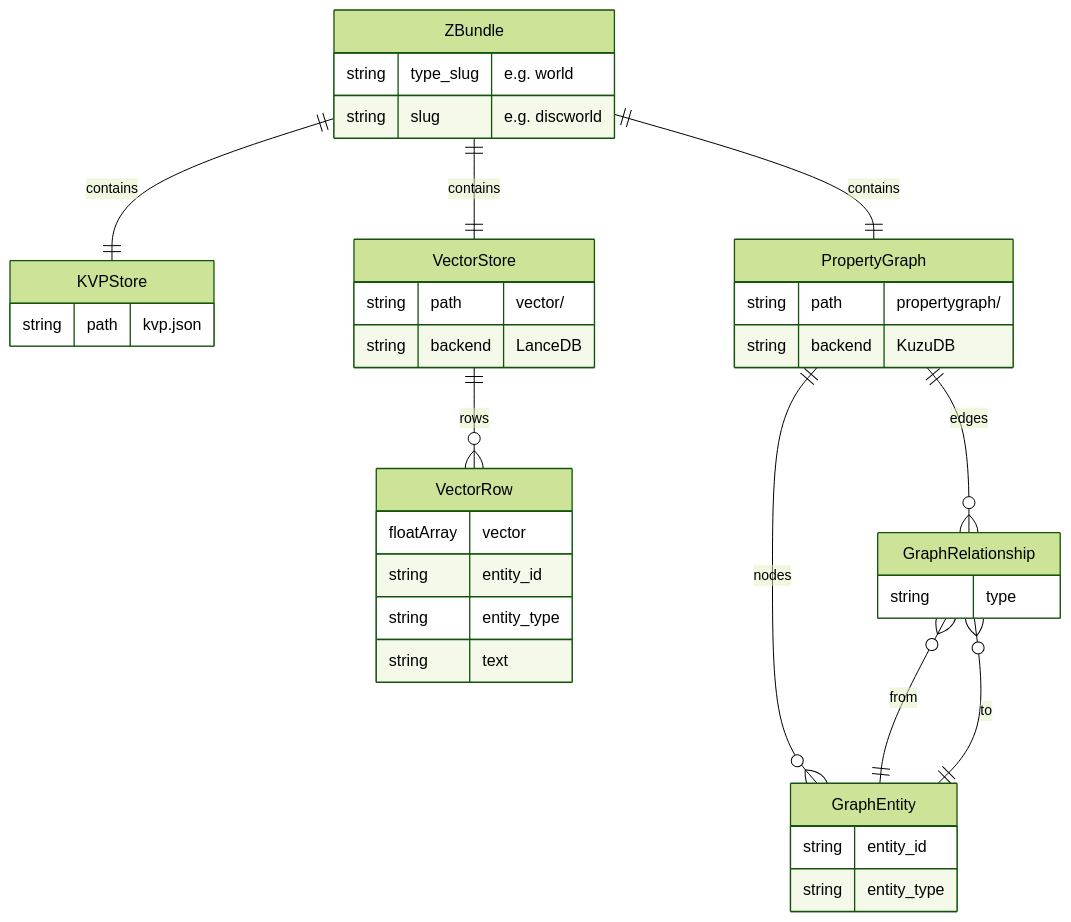
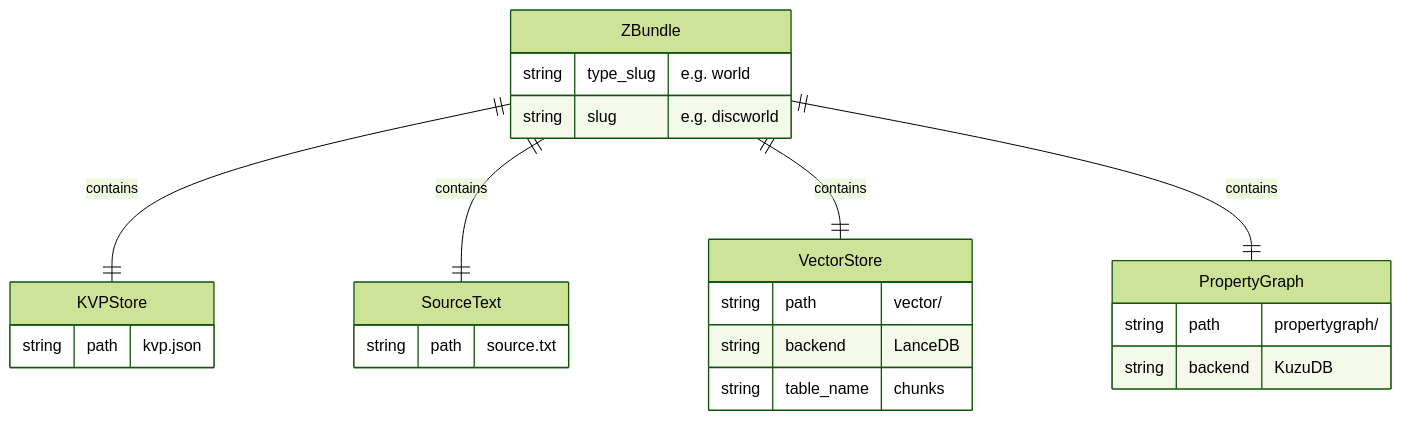
Before and after one commit to peterbaileyct/zforge: the second of 4 diagrams in docs/ER Diagram.md, drawn with Mermaid (forest theme). The commit also changed other lines of this file and 12 other files, not shown here.

First line of the commit message:
Reimplement World Generation pipeline per new architecture

````diff
--- a/docs/ER Diagram.md
+++ b/docs/ER Diagram.md
@@ -156,40 +77,27 @@
 ```mermaid
 erDiagram
     ZBundle {
         string type_slug "e.g. world"
         string slug "e.g. discworld"
     }
     KVPStore {
         string path "kvp.json"
     }
+    SourceText {
+        string path "source.txt"
+    }
     VectorStore {
         string path "vector/"
         string backend "LanceDB"
+        string table_name "chunks"
     }
     PropertyGraph {
         string path "propertygraph/"
         string backend "KuzuDB"
     }
-    VectorRow {
-        floatArray vector
-        string entity_id
-        string entity_type
-        string text
-    }
-    GraphEntity {
-        string entity_id
-        string entity_type
-    }
-    GraphRelationship {
-        string type
-    }
 
     ZBundle      ||--|| KVPStore         : "contains"
+    ZBundle      ||--|| SourceText       : "contains"
     ZBundle      ||--|| VectorStore      : "contains"
     ZBundle      ||--|| PropertyGraph    : "contains"
-    VectorStore  ||--o{ VectorRow        : "rows"
-    PropertyGraph ||--o{ GraphEntity     : "nodes"
-    PropertyGraph ||--o{ GraphRelationship : "edges"
-    GraphRelationship }o--|| GraphEntity : "from"
-    GraphRelationship }o--|| GraphEntity : "to"
 ```
````
